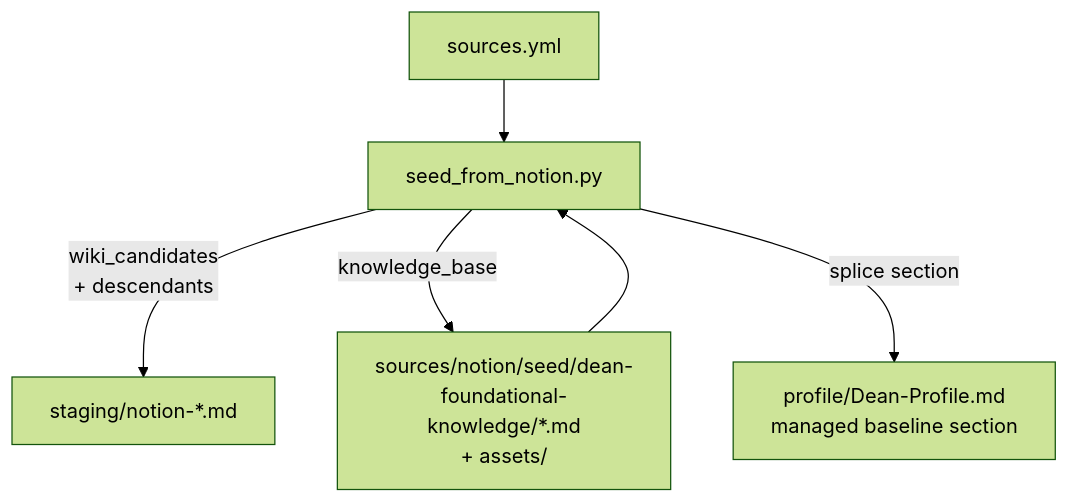
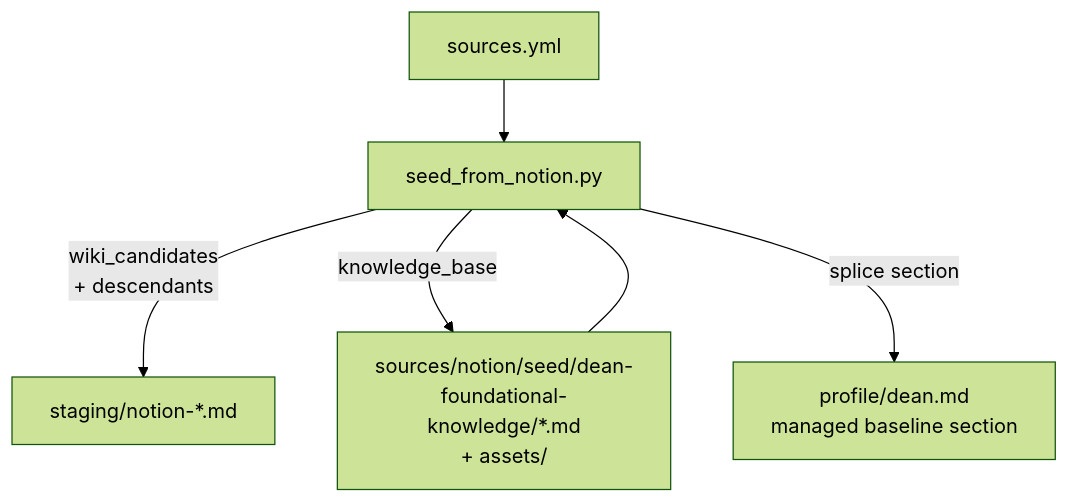
One commit to dean2727/aia-wiki changed the first of 2 diagrams in specs/notion_wiki_seeding.plan.md. Above: the diagram before and after it, drawn with Mermaid (forest theme). The commit also changed other lines of this file and 19 other files, not shown here.

````diff
--- a/specs/notion_wiki_seeding.plan.md
+++ b/specs/notion_wiki_seeding.plan.md
@@ -34,14 +34,14 @@
 ```mermaid
 flowchart TB
   yml["sources.yml"]
   seed["seed_from_notion.py"]
   nk["sources/notion/seed/dean-foundational-knowledge/*.md\n+ assets/"]
-  profile["profile/Dean-Profile.md\nmanaged baseline section"]
+  profile["profile/dean.md\nmanaged baseline section"]
   st["staging/notion-*.md"]
 
   yml --> seed
   seed -->|"wiki_candidates\n+ descendants"| st
   seed -->|"knowledge_base"| nk
   nk --> seed
   seed -->|"splice section"| profile
 ```
````
